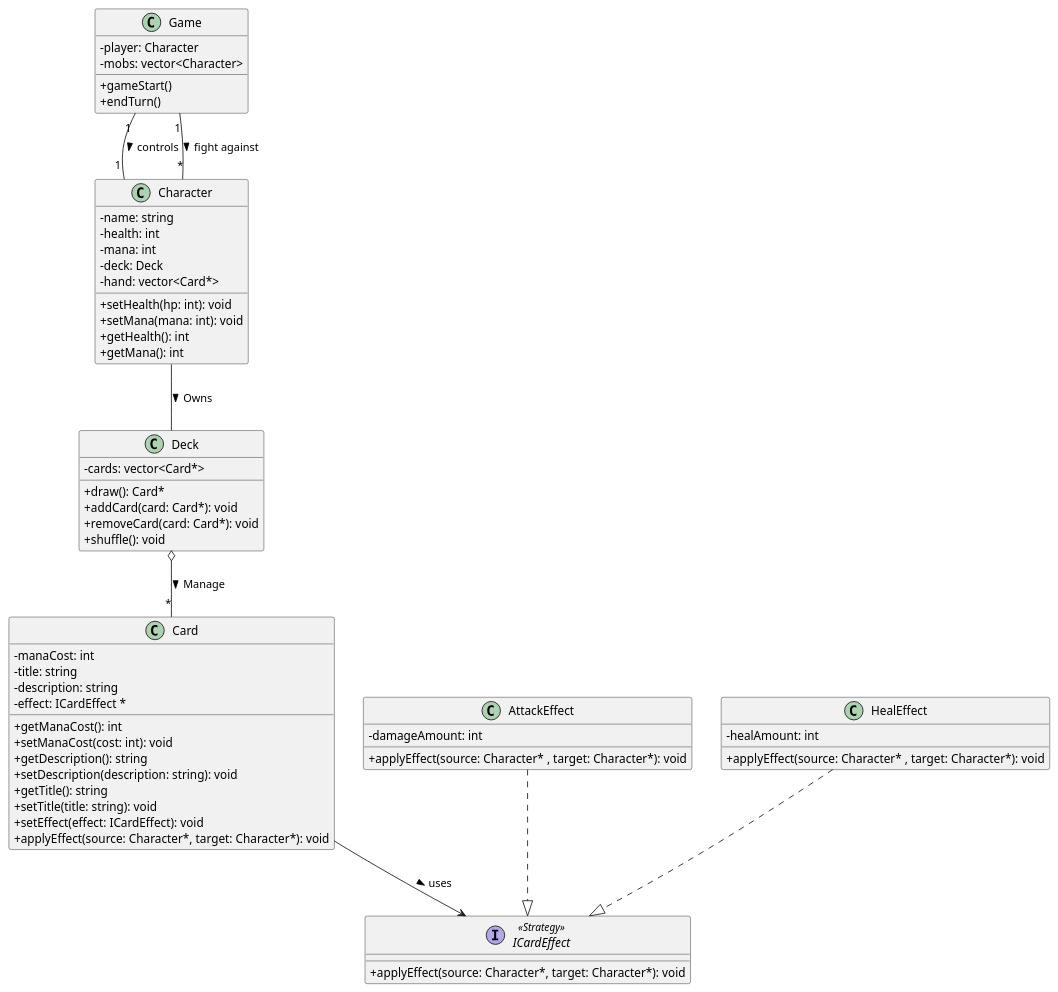
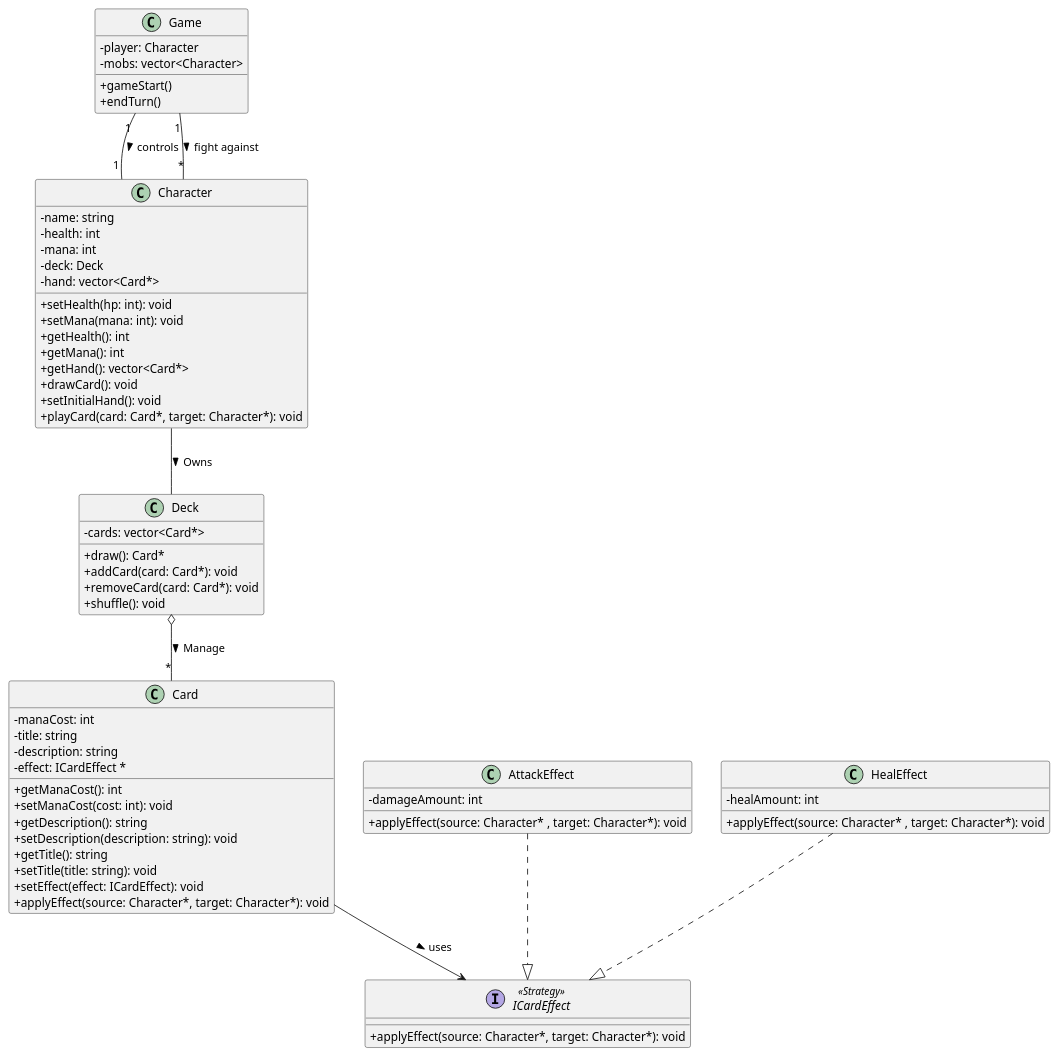
One commit to ciceroed/POO changed the diagram in Projeto FInal/UML/Class Diagram.puml. Above: the diagram before and after it, drawn with PlantUML. The commit also changed 1 other file, not shown here.

```diff
--- a/Projeto FInal/UML/Class Diagram.puml
+++ b/Projeto FInal/UML/Class Diagram.puml
@@ -1,76 +1,80 @@
 @startuml class-diagram
 
 skinparam ClassAttributeIconSize 0
 
 ' Classes principais
 
 class Game{
     - player: Character
     - mobs: vector<Character>
     + gameStart()
     + endTurn()
 }
 
 class Character {
     - name: string
     - health: int
     - mana: int
     - deck: Deck
     - hand: vector<Card*>
     + setHealth(hp: int): void
     + setMana(mana: int): void
     + getHealth(): int
     + getMana(): int
+    + getHand(): vector<Card*>
+    + drawCard(): void
+    + setInitialHand(): void
+    + playCard(card: Card*, target: Character*): void
 }
 
 
 class Deck{
     - cards: vector<Card*>
 
     + draw(): Card*
     + addCard(card: Card*): void
     + removeCard(card: Card*): void
     + shuffle(): void
 }
 
 class Card{
     - manaCost: int
     - title: string
     - description: string
     - effect: ICardEffect *
 
     + getManaCost(): int
     + setManaCost(cost: int): void
     + getDescription(): string
     + setDescription(description: string): void
     + getTitle(): string
     + setTitle(title: string): void
     + setEffect(effect: ICardEffect): void
     + applyEffect(source: Character*, target: Character*): void
 }
 
 ' Interfaces e classes de efeitos de cartas
 
 interface ICardEffect <<Strategy>> {
     + applyEffect(source: Character*, target: Character*): void
 }
 
 class AttackEffect{
     - damageAmount: int
     + applyEffect(source: Character* , target: Character*): void
 }
 
 class HealEffect {
     - healAmount: int
     + applyEffect(source: Character* , target: Character*): void
 }
 
 ' Relacionamentos
 Game "1" -- "1" Character : controls >
 Game "1" -- "*" Character: fight against >
 Character -- Deck : Owns >
 Deck o-- "*" Card : Manage >
 Card --> ICardEffect : uses >
 AttackEffect ..|> ICardEffect
 HealEffect ..|> ICardEffect
 @enduml
```
